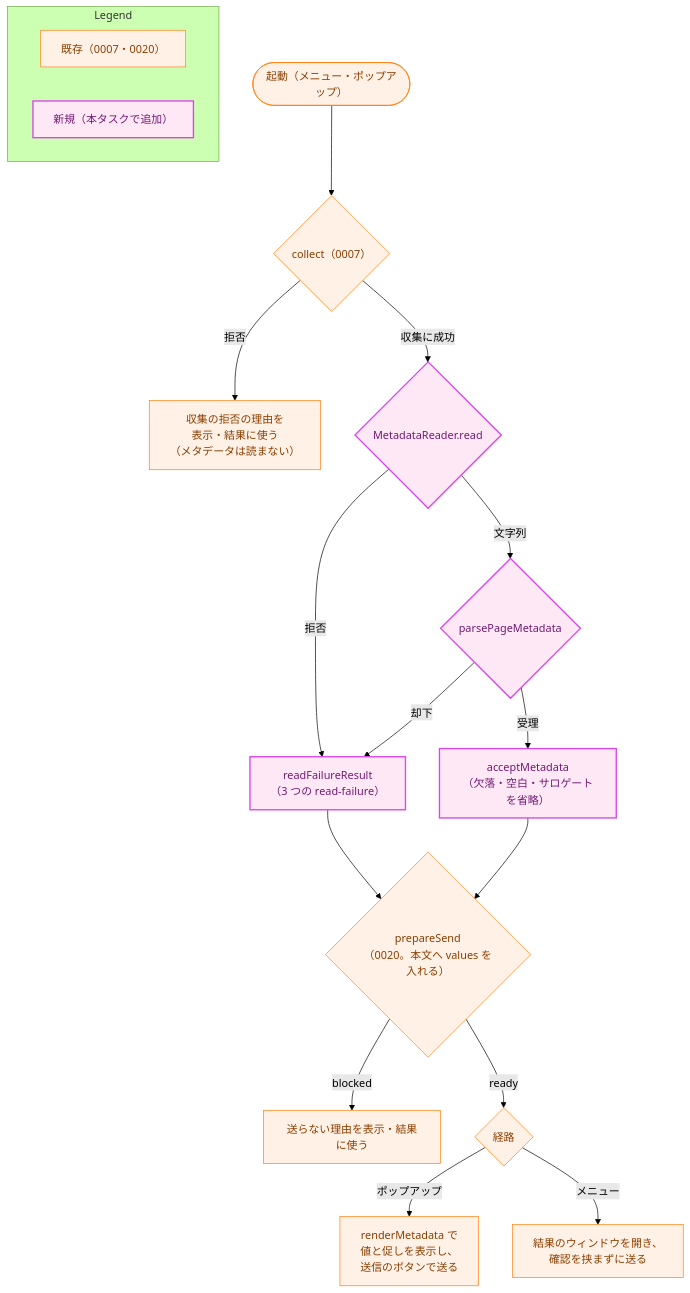
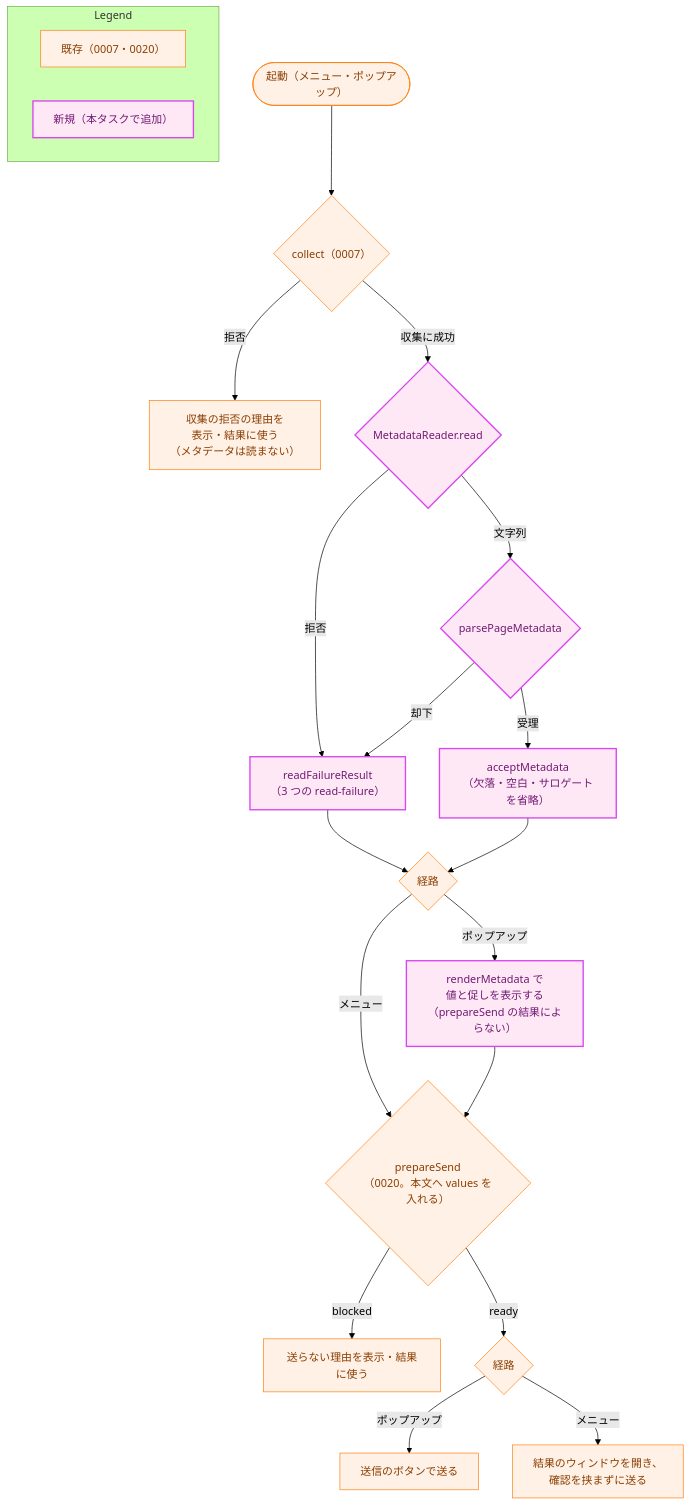
Before and after one commit to isseis/yt2column: the sixth of 6 diagrams in docs/tasks/0025_extension_video_metadata/02_architecture.md, drawn with Mermaid (forest theme). The commit also changed other lines of this file, not shown here.

Commit message:
docs(0025): refine the architecture for the video metadata extension

````diff
--- a/docs/tasks/0025_extension_video_metadata/02_architecture.md
+++ b/docs/tasks/0025_extension_video_metadata/02_architecture.md
@@ -754,29 +759,32 @@
 ```mermaid
 flowchart TD
     classDef process fill:#fff1e6,stroke:#ff7f0e,stroke-width:1px,color:#8a3e00;
     classDef newpkg fill:#ffe8f5,stroke:#d946ef,stroke-width:2px,color:#701a75;
 
     S(["起動（メニュー・ポップアップ）"]) --> C{"collect（0007）"}
     C -->|"拒否"| R0["収集の拒否の理由を<br>表示・結果に使う<br>（メタデータは読まない）"]
     C -->|"収集に成功"| M{"MetadataReader.read"}
     M -->|"拒否"| RF["readFailureResult<br>（3 つの read-failure）"]
     M -->|"文字列"| P{"parsePageMetadata"}
     P -->|"却下"| RF
     P -->|"受理"| A["acceptMetadata<br>（欠落・空白・サロゲートを省略）"]
-    RF --> PREP
-    A --> PREP{"prepareSend<br>（0020。本文へ values を入れる）"}
+    RF --> D0{"経路"}
+    A --> D0
+    D0 -->|"ポップアップ"| RM["renderMetadata で<br>値と促しを表示する<br>（prepareSend の結果によらない）"]
+    D0 -->|"メニュー"| PREP
+    RM --> PREP{"prepareSend<br>（0020。本文へ values を入れる）"}
     PREP -->|"blocked"| R1["送らない理由を表示・結果に使う"]
     PREP -->|"ready"| D{"経路"}
-    D -->|"ポップアップ"| DP["renderMetadata で<br>値と促しを表示し、<br>送信のボタンで送る"]
+    D -->|"ポップアップ"| DP["送信のボタンで送る"]
     D -->|"メニュー"| DM["結果のウィンドウを開き、<br>確認を挟まずに送る"]
 
-    class S,C,R0,M,RF,P,A,PREP,R1,D,DP,DM process
-    class M,P,A,RF newpkg
+    class S,C,R0,M,RF,P,A,PREP,R1,D0,D,DP,DM process
+    class M,P,A,RF,RM newpkg
 
     subgraph Legend["Legend"]
         L1["既存（0007・0020）"]
         L2["新規（本タスクで追加）"]
     end
     class L1 process
     class L2 newpkg
 ```
````
